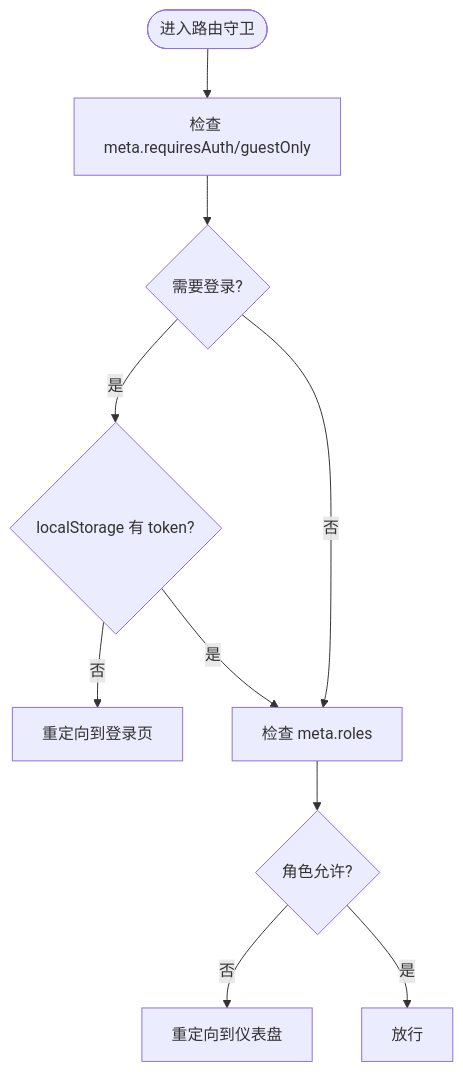
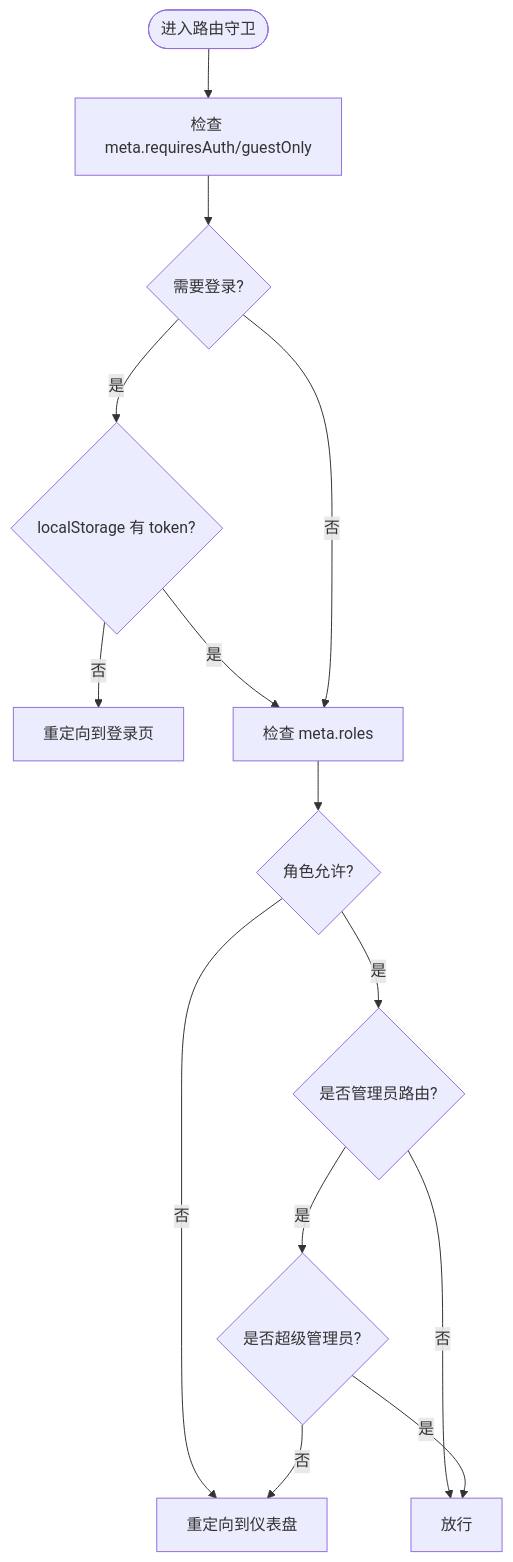
Before and after one commit to Juny09/inventory_system: the ninth of 10 diagrams in .qoder/repowiki/zh/content/核心功能模块/用户认证模块.md, drawn with Mermaid. The commit also changed other lines of this file and 53 other files, not shown here.

````diff
--- a/.qoder/repowiki/zh/content/核心功能模块/用户认证模块.md
+++ b/.qoder/repowiki/zh/content/核心功能模块/用户认证模块.md
@@ -372,12 +496,16 @@
 ```mermaid
 flowchart TD
 Guard(["进入路由守卫"]) --> CheckAuth["检查 meta.requiresAuth/guestOnly"]
 CheckAuth --> NeedAuth{"需要登录?"}
 NeedAuth --> |是| HasToken{"localStorage 有 token?"}
 HasToken --> |否| ToLogin["重定向到登录页"]
 HasToken --> |是| CheckRole["检查 meta.roles"]
 NeedAuth --> |否| CheckRole
 CheckRole --> RoleAllowed{"角色允许?"}
 RoleAllowed --> |否| ToDashboard["重定向到仪表盘"]
-RoleAllowed --> |是| Allow["放行"]
+RoleAllowed --> |是| CheckAdmin{"是否管理员路由?"}
+CheckAdmin --> |否| Allow["放行"]
+CheckAdmin --> |是| SuperAdmin{"是否超级管理员?"}
+SuperAdmin --> |否| ToDashboard
+SuperAdmin --> |是| Allow
 ```
````
